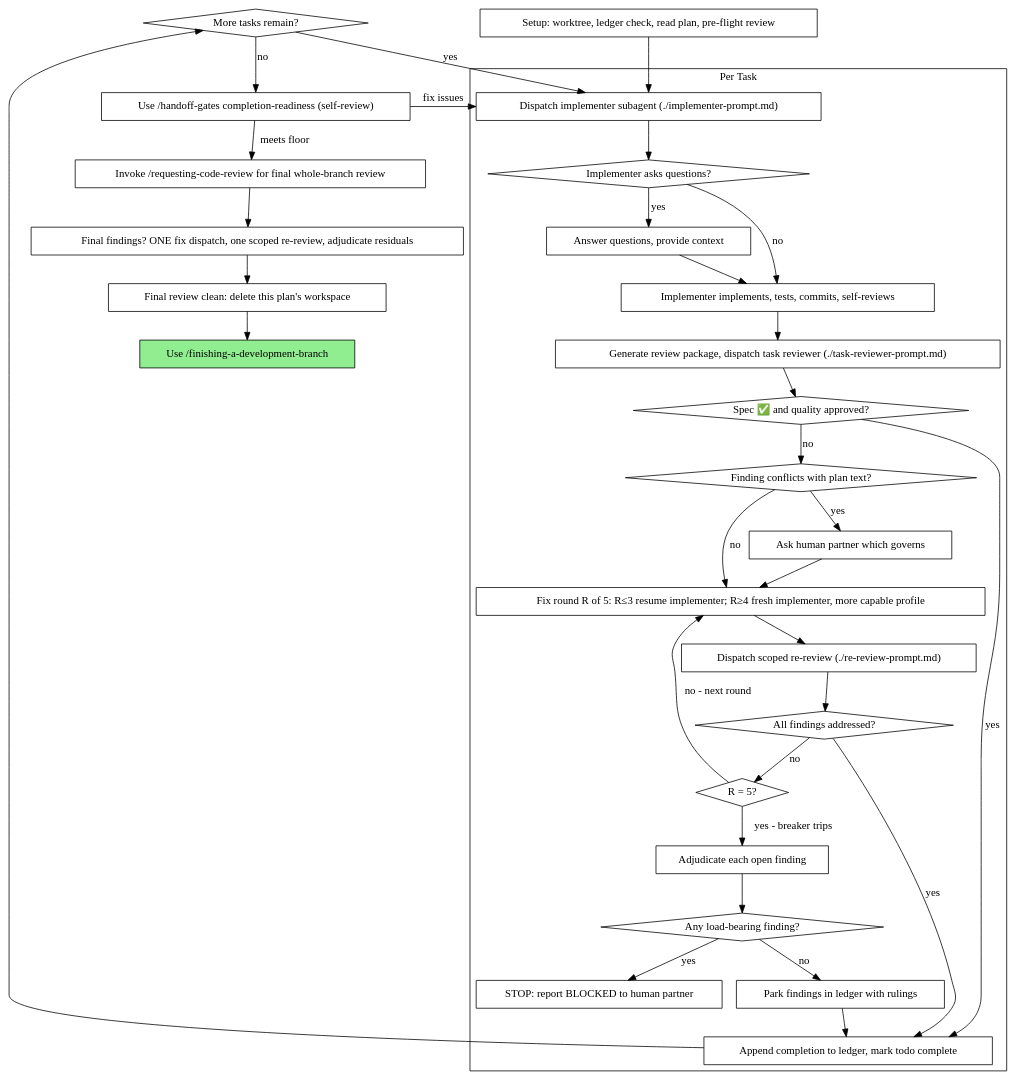
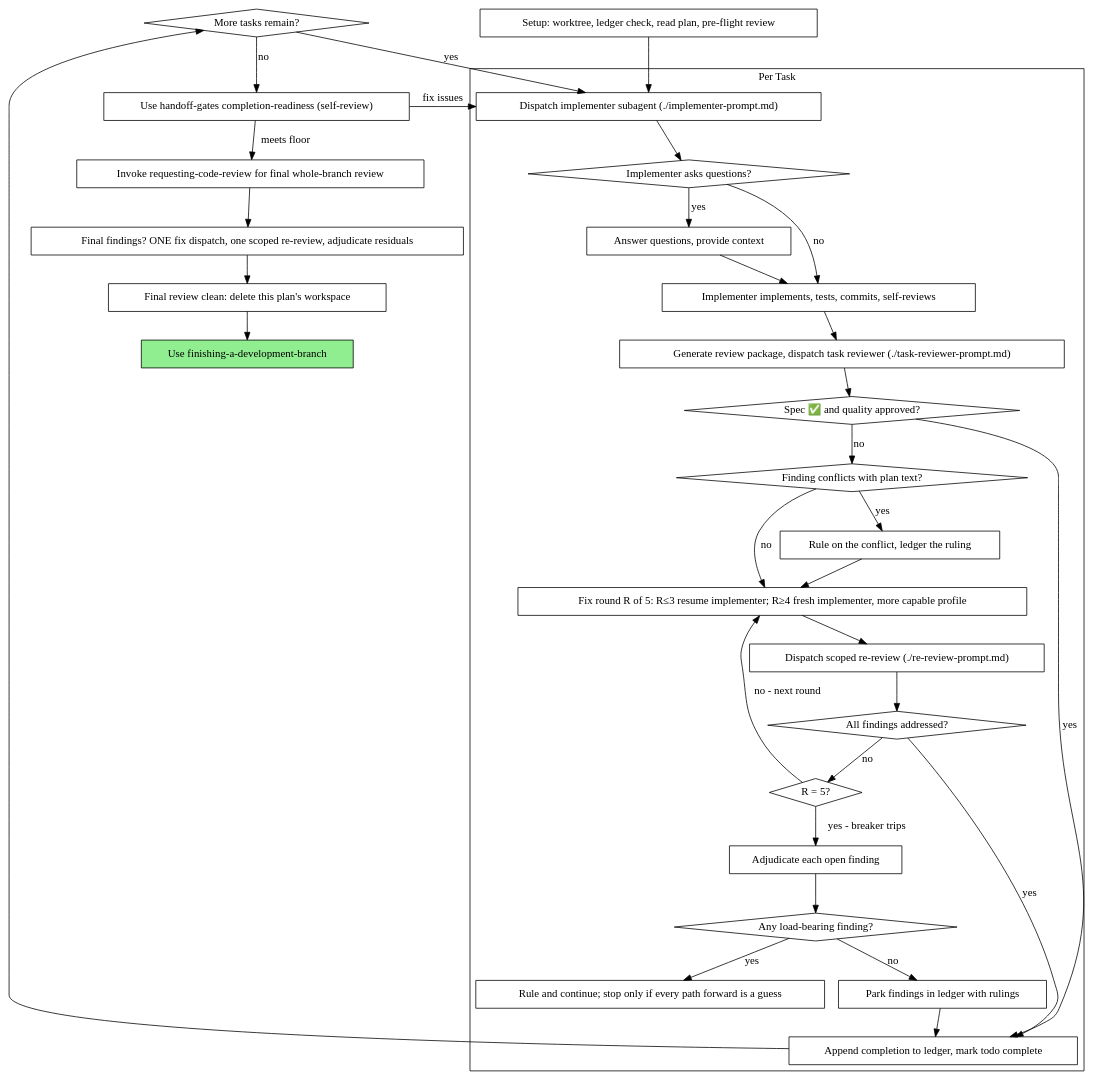
One commit to HarleyBartles/adventures-of-patch changed the second of 2 diagrams in .agents/skills/subagent-driven-development/SKILL.md. Above: the diagram before and after it, drawn with Graphviz. The commit also changed other lines of this file and 260 other files, not shown here.

````diff
--- a/.agents/skills/subagent-driven-development/SKILL.md
+++ b/.agents/skills/subagent-driven-development/SKILL.md
@@ -77,65 +102,65 @@
 ```dot
 digraph process {
     rankdir=TB;
 
     subgraph cluster_per_task {
         label="Per Task";
         "Dispatch implementer subagent (./implementer-prompt.md)" [shape=box];
         "Implementer asks questions?" [shape=diamond];
         "Answer questions, provide context" [shape=box];
         "Implementer implements, tests, commits, self-reviews" [shape=box];
         "Generate review package, dispatch task reviewer (./task-reviewer-prompt.md)" [shape=box];
         "Spec ✅ and quality approved?" [shape=diamond];
         "Finding conflicts with plan text?" [shape=diamond];
-        "Ask human partner which governs" [shape=box];
+        "Rule on the conflict, ledger the ruling" [shape=box];
         "Fix round R of 5: R≤3 resume implementer; R≥4 fresh implementer, more capable profile" [shape=box];
         "Dispatch scoped re-review (./re-review-prompt.md)" [shape=box];
         "All findings addressed?" [shape=diamond];
         "R = 5?" [shape=diamond];
         "Adjudicate each open finding" [shape=box];
         "Any load-bearing finding?" [shape=diamond];
-        "STOP: report BLOCKED to human partner" [shape=box];
+        "Rule and continue; stop only if every path forward is a guess" [shape=box];
         "Park findings in ledger with rulings" [shape=box];
         "Append completion to ledger, mark todo complete" [shape=box];
     }
 
     "Setup: worktree, ledger check, read plan, pre-flight review" [shape=box];
     "More tasks remain?" [shape=diamond];
-    "Use /handoff-gates completion-readiness (self-review)" [shape=box];
-    "Invoke /requesting-code-review for final whole-branch review" [shape=box];
+    "Use handoff-gates completion-readiness (self-review)" [shape=box];
+    "Invoke requesting-code-review for final whole-branch review" [shape=box];
     "Final findings? ONE fix dispatch, one scoped re-review, adjudicate residuals" [shape=box];
     "Final review clean: delete this plan's workspace" [shape=box];
-    "Use /finishing-a-development-branch" [shape=box style=filled fillcolor=lightgreen];
+    "Use finishing-a-development-branch" [shape=box style=filled fillcolor=lightgreen];
 
     "Setup: worktree, ledger check, read plan, pre-flight review" -> "Dispatch implementer subagent (./implementer-prompt.md)";
     "Dispatch implementer subagent (./implementer-prompt.md)" -> "Implementer asks questions?";
     "Implementer asks questions?" -> "Answer questions, provide context" [label="yes"];
     "Answer questions, provide context" -> "Implementer implements, tests, commits, self-reviews";
     "Implementer asks questions?" -> "Implementer implements, tests, commits, self-reviews" [label="no"];
     "Implementer implements, tests, commits, self-reviews" -> "Generate review package, dispatch task reviewer (./task-reviewer-prompt.md)";
     "Generate review package, dispatch task reviewer (./task-reviewer-prompt.md)" -> "Spec ✅ and quality approved?";
     "Spec ✅ and quality approved?" -> "Append completion to ledger, mark todo complete" [label="yes"];
     "Spec ✅ and quality approved?" -> "Finding conflicts with plan text?" [label="no"];
-    "Finding conflicts with plan text?" -> "Ask human partner which governs" [label="yes"];
-    "Ask human partner which governs" -> "Fix round R of 5: R≤3 resume implementer; R≥4 fresh implementer, more capable profile";
+    "Finding conflicts with plan text?" -> "Rule on the conflict, ledger the ruling" [label="yes"];
+    "Rule on the conflict, ledger the ruling" -> "Fix round R of 5: R≤3 resume implementer; R≥4 fresh implementer, more capable profile";
     "Finding conflicts with plan text?" -> "Fix round R of 5: R≤3 resume implementer; R≥4 fresh implementer, more capable profile" [label="no"];
     "Fix round R of 5: R≤3 resume implementer; R≥4 fresh implementer, more capable profile" -> "Dispatch scoped re-review (./re-review-prompt.md)";
     "Dispatch scoped re-review (./re-review-prompt.md)" -> "All findings addressed?";
     "All findings addressed?" -> "Append completion to ledger, mark todo complete" [label="yes"];
     "All findings addressed?" -> "R = 5?" [label="no"];
     "R = 5?" -> "Fix round R of 5: R≤3 resume implementer; R≥4 fresh implementer, more capable profile" [label="no - next round"];
     "R = 5?" -> "Adjudicate each open finding" [label="yes - breaker trips"];
     "Adjudicate each open finding" -> "Any load-bearing finding?";
-    "Any load-bearing finding?" -> "STOP: report BLOCKED to human partner" [label="yes"];
+    "Any load-bearing finding?" -> "Rule and continue; stop only if every path forward is a guess" [label="yes"];
     "Any load-bearing finding?" -> "Park findings in ledger with rulings" [label="no"];
     "Park findings in ledger with rulings" -> "Append completion to ledger, mark todo complete";
     "Append completion to ledger, mark todo complete" -> "More tasks remain?";
     "More tasks remain?" -> "Dispatch implementer subagent (./implementer-prompt.md)" [label="yes"];
-    "More tasks remain?" -> "Use /handoff-gates completion-readiness (self-review)" [label="no"];
-    "Use /handoff-gates completion-readiness (self-review)" -> "Invoke /requesting-code-review for final whole-branch review" [label="meets floor"];
-    "Use /handoff-gates completion-readiness (self-review)" -> "Dispatch implementer subagent (./implementer-prompt.md)" [label="fix issues"];
-    "Invoke /requesting-code-review for final whole-branch review" -> "Final findings? ONE fix dispatch, one scoped re-review, adjudicate residuals";
+    "More tasks remain?" -> "Use handoff-gates completion-readiness (self-review)" [label="no"];
+    "Use handoff-gates completion-readiness (self-review)" -> "Invoke requesting-code-review for final whole-branch review" [label="meets floor"];
+    "Use handoff-gates completion-readiness (self-review)" -> "Dispatch implementer subagent (./implementer-prompt.md)" [label="fix issues"];
+    "Invoke requesting-code-review for final whole-branch review" -> "Final findings? ONE fix dispatch, one scoped re-review, adjudicate residuals";
     "Final findings? ONE fix dispatch, one scoped re-review, adjudicate residuals" -> "Final review clean: delete this plan's workspace";
-    "Final review clean: delete this plan's workspace" -> "Use /finishing-a-development-branch";
+    "Final review clean: delete this plan's workspace" -> "Use finishing-a-development-branch";
 }
 ```
````
